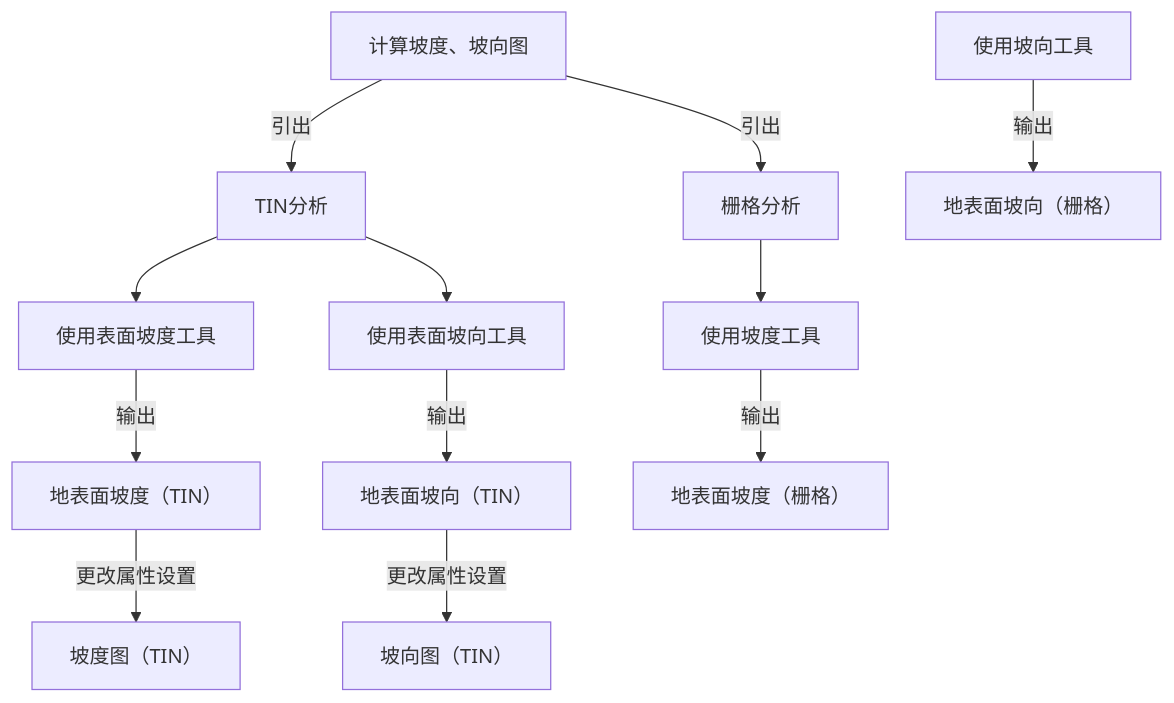
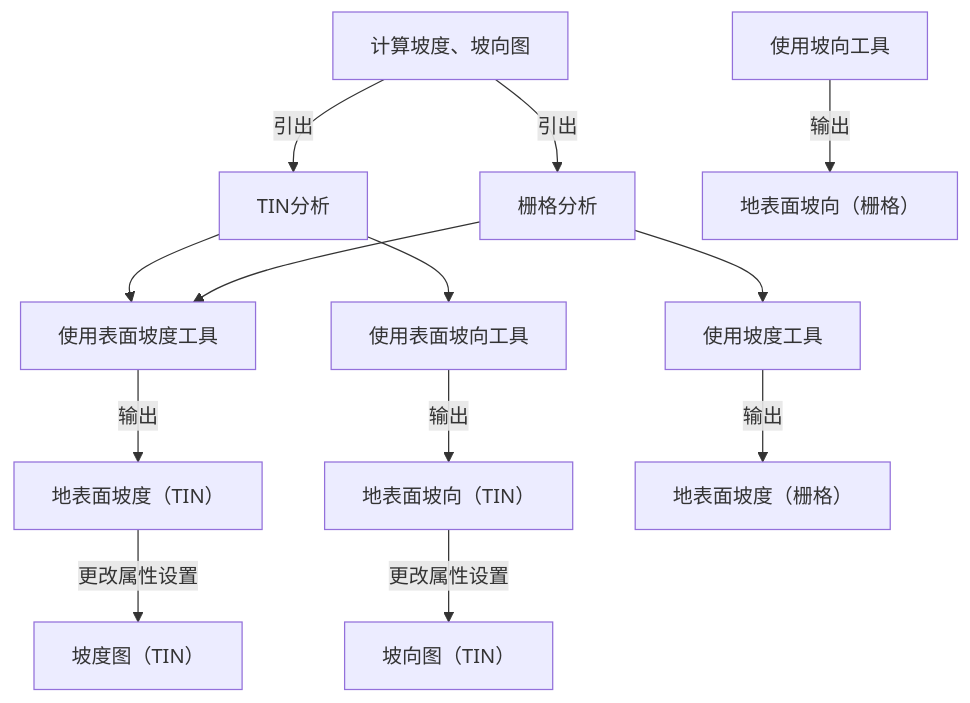
The diagram in all/未命名.md (newguser/iodraw-files), drawn with Mermaid before and after one commit.

Commit message:
2025-02-27 22:12:26 update

````diff
--- a/all/未命名.md
+++ b/all/未命名.md
@@ -1,16 +1,17 @@
 ```mermaid
 graph TD
     A[计算坡度、坡向图] -->|引出| B[TIN分析]
     A -->|引出| C[栅格分析]
     B[TIN分析]--> B1[使用表面坡度工具]
     B[TIN分析]--> B4[使用表面坡向工具]
     C[栅格分析]-->C1[使用坡度工具]
+    C[栅格分析]-->
         B1[使用表面坡度工具] -->|输出| B2[地表面坡度（TIN）]
         B2 -->|更改属性设置| B3[坡度图（TIN）]
         B4[使用表面坡向工具] -->|输出| B5[地表面坡向（TIN）]
         B5 -->|更改属性设置| B6[坡向图（TIN）]
 
         C1[使用坡度工具] -->|输出| C2[地表面坡度（栅格）]
         C3[使用坡向工具] -->|输出| C4[地表面坡向（栅格）]
 
 ```
````
